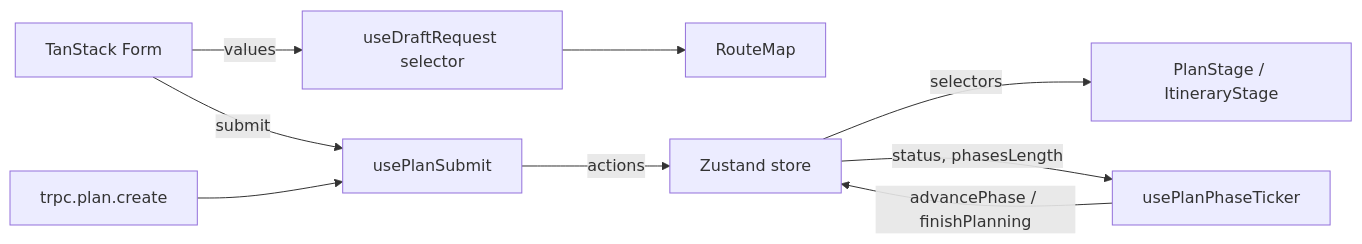
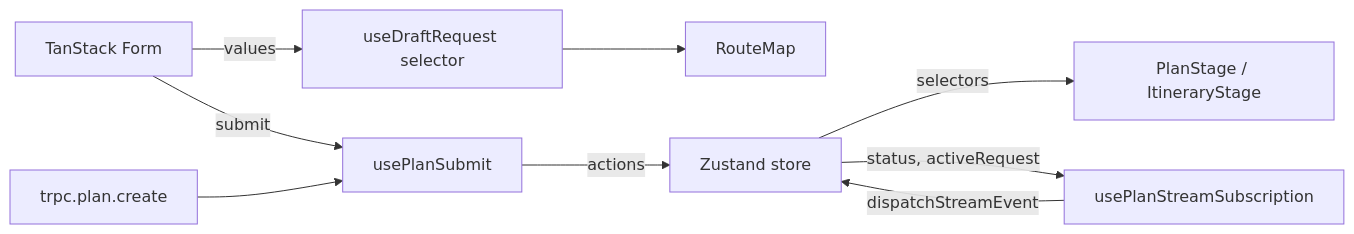
The diagram in .agents/skills/linear-state-management/SKILL.md (aggKartik/ev-agent), drawn with Mermaid before and after one commit. The commit also changed other lines of this file and 65 other files, not shown here.

````diff
--- a/.agents/skills/linear-state-management/SKILL.md
+++ b/.agents/skills/linear-state-management/SKILL.md
@@ -56,11 +56,11 @@
 ```mermaid
 flowchart LR
   Form["TanStack Form"] -->|"values"| Selector["useDraftRequest selector"]
   Selector --> Map["RouteMap"]
   Form -->|"submit"| Submit["usePlanSubmit"]
   Submit -->|"actions"| Store["Zustand store"]
   Mutation["trpc.plan.create"] --> Submit
   Store -->|"selectors"| Components["PlanStage / ItineraryStage"]
-  Store -->|"status, phasesLength"| Ticker["usePlanPhaseTicker"]
-  Ticker -->|"advancePhase / finishPlanning"| Store
+  Store -->|"status, activeRequest"| Stream["usePlanStreamSubscription"]
+  Stream -->|"dispatchStreamEvent"| Store
 ```
````
